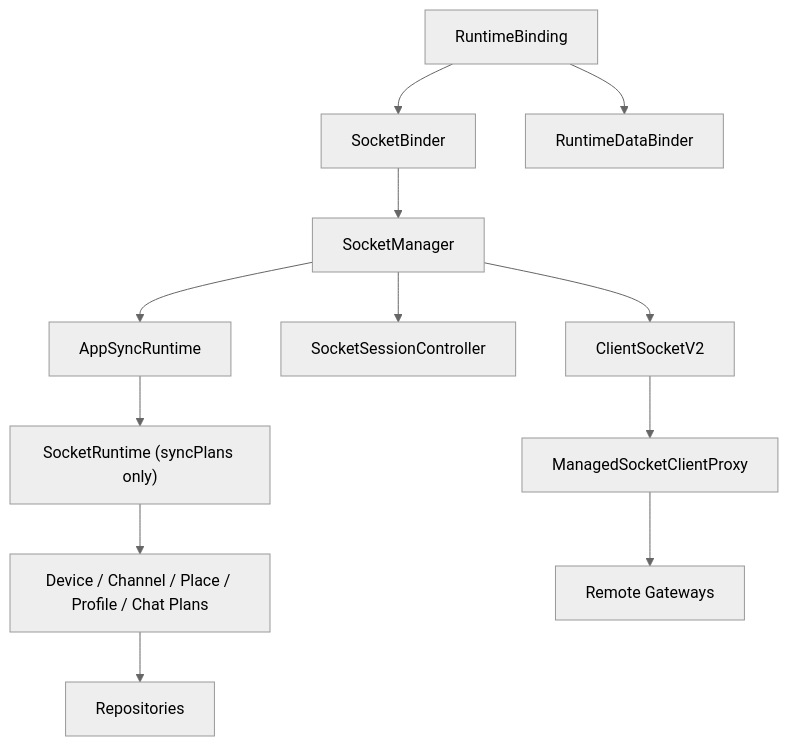
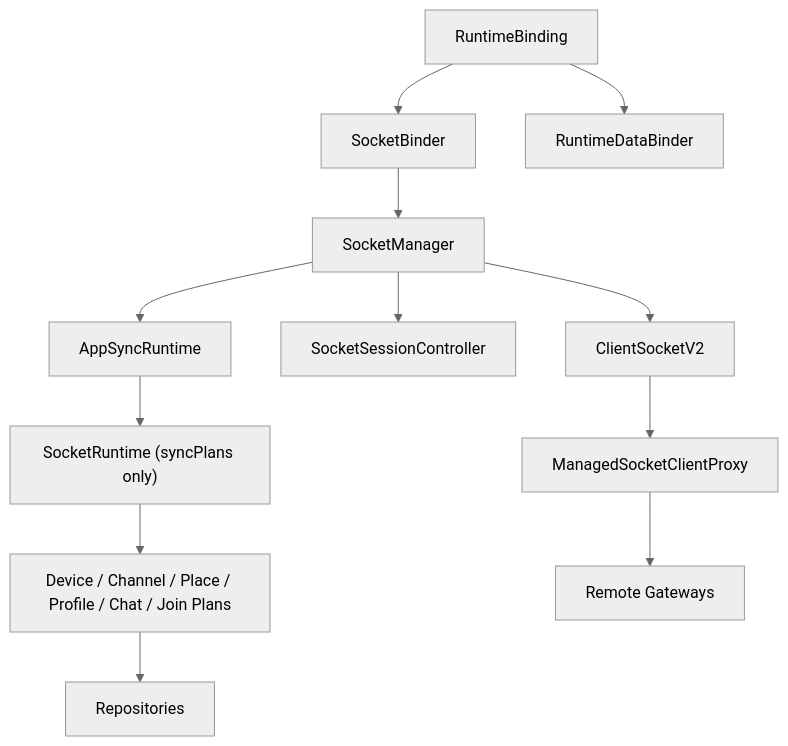
The diagram in libs/app-runtime/docs/sync/README.md (lemoncloud-io/dou-app), drawn with Mermaid (neutral theme) before and after one commit. The commit also changed other lines of this file and 2 other files, not shown here.

First line of the commit message:
docs: add JoinSyncPlan to AppSyncRuntim

````diff
--- a/libs/app-runtime/docs/sync/README.md
+++ b/libs/app-runtime/docs/sync/README.md
@@ -96,16 +97,16 @@
 ```mermaid
 flowchart TD
   Binding["RuntimeBinding"] --> SocketBinder["SocketBinder"]
   Binding --> DataBinder["RuntimeDataBinder"]
 
   SocketBinder --> SocketManager["SocketManager"]
   SocketManager --> Client["ClientSocketV2"]
   SocketManager --> SessionCtrl["SocketSessionController"]
   SocketManager --> AppSyncRuntime["AppSyncRuntime"]
 
   AppSyncRuntime --> SyncRuntime["SocketRuntime (syncPlans only)"]
-  SyncRuntime --> Plans["Device / Channel / Place / Profile / Chat Plans"]
+  SyncRuntime --> Plans["Device / Channel / Place / Profile / Chat / Join Plans"]
   Plans --> Repos["Repositories"]
   Client --> Proxy["ManagedSocketClientProxy"]
   Proxy --> Gateways["Remote Gateways"]
 ```
````
